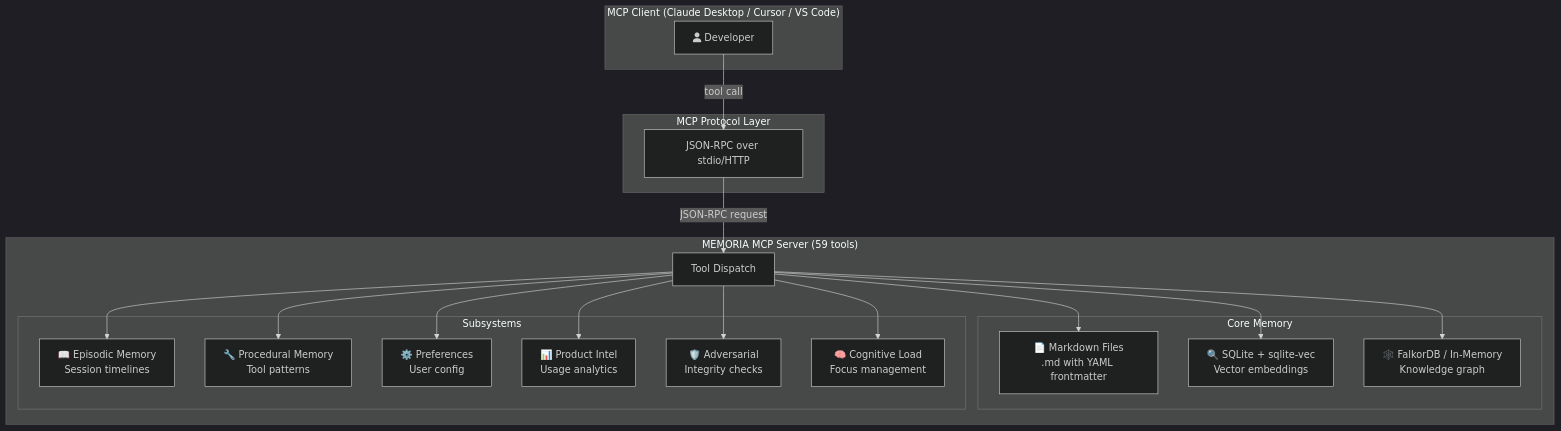
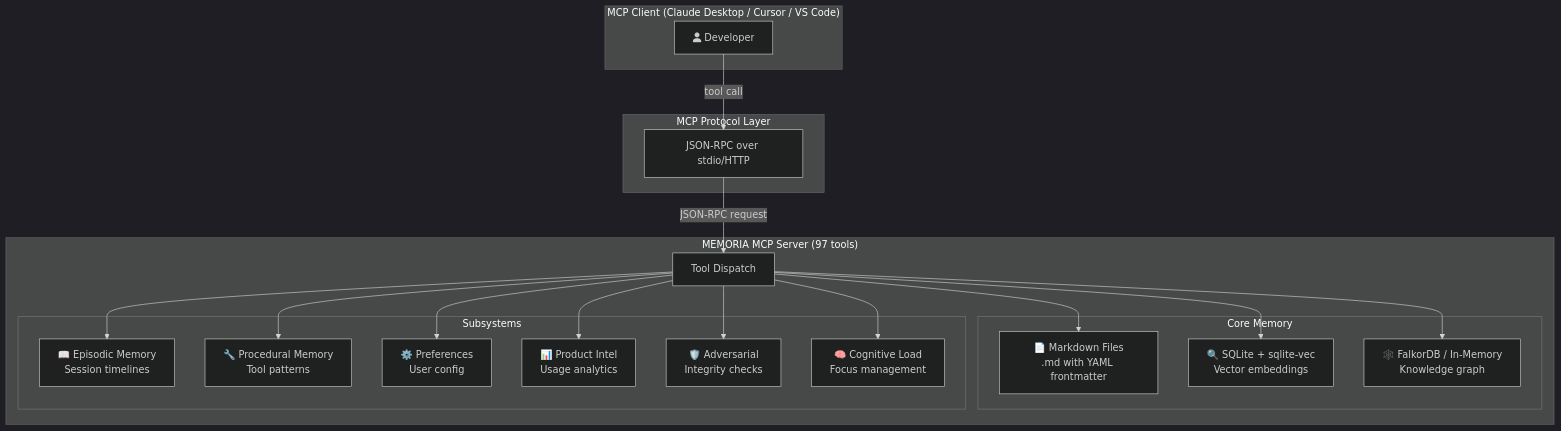
One commit to naicud/memor-ia changed the first of 5 diagrams in docs/DATA_GUIDE.md. Above: the diagram before and after it, drawn with Mermaid (dark theme). The commit also changed other lines of this file and 7 other files, not shown here.

````diff
--- a/docs/DATA_GUIDE.md
+++ b/docs/DATA_GUIDE.md
@@ -7,41 +7,41 @@
 ```mermaid
 graph TB
     subgraph "MCP Client (Claude Desktop / Cursor / VS Code)"
         USER[fa:fa-user Developer]
     end
 
     subgraph "MCP Protocol Layer"
         JSONRPC["JSON-RPC over stdio/HTTP"]
     end
 
-    subgraph "MEMORIA MCP Server (59 tools)"
+    subgraph "MEMORIA MCP Server (97 tools)"
         TOOLS["Tool Dispatch"]
 
         subgraph "Core Memory"
             MARKDOWN["📄 Markdown Files<br/>.md with YAML frontmatter"]
             VECTOR["🔍 SQLite + sqlite-vec<br/>Vector embeddings"]
             GRAPH["🕸️ FalkorDB / In-Memory<br/>Knowledge graph"]
         end
 
         subgraph "Subsystems"
             EPISODIC["📖 Episodic Memory<br/>Session timelines"]
             PROCEDURAL["🔧 Procedural Memory<br/>Tool patterns"]
             PREFERENCES["⚙️ Preferences<br/>User config"]
             PRODUCT["📊 Product Intel<br/>Usage analytics"]
             SAFETY["🛡️ Adversarial<br/>Integrity checks"]
             COGNITIVE["🧠 Cognitive Load<br/>Focus management"]
         end
     end
 
     USER -->|"tool call"| JSONRPC
     JSONRPC -->|"JSON-RPC request"| TOOLS
     TOOLS --> MARKDOWN
     TOOLS --> VECTOR
     TOOLS --> GRAPH
     TOOLS --> EPISODIC
     TOOLS --> PROCEDURAL
     TOOLS --> PREFERENCES
     TOOLS --> PRODUCT
     TOOLS --> SAFETY
     TOOLS --> COGNITIVE
 ```
````
